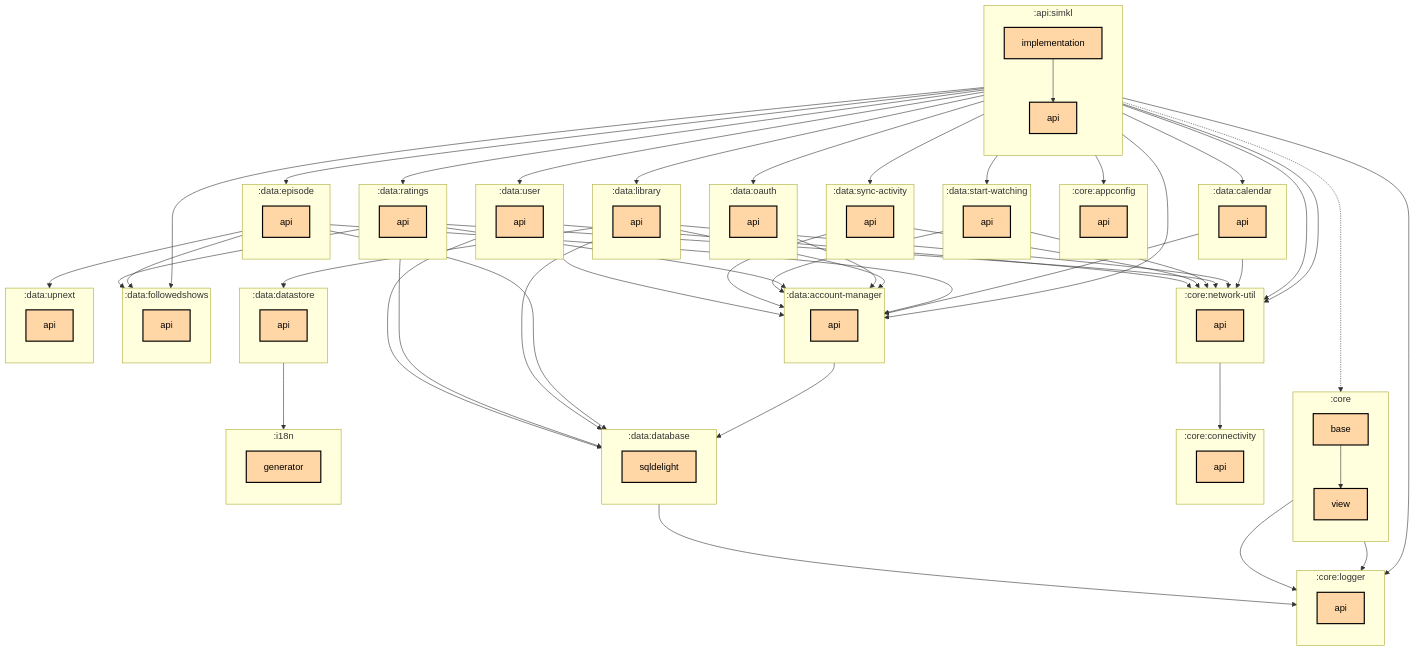
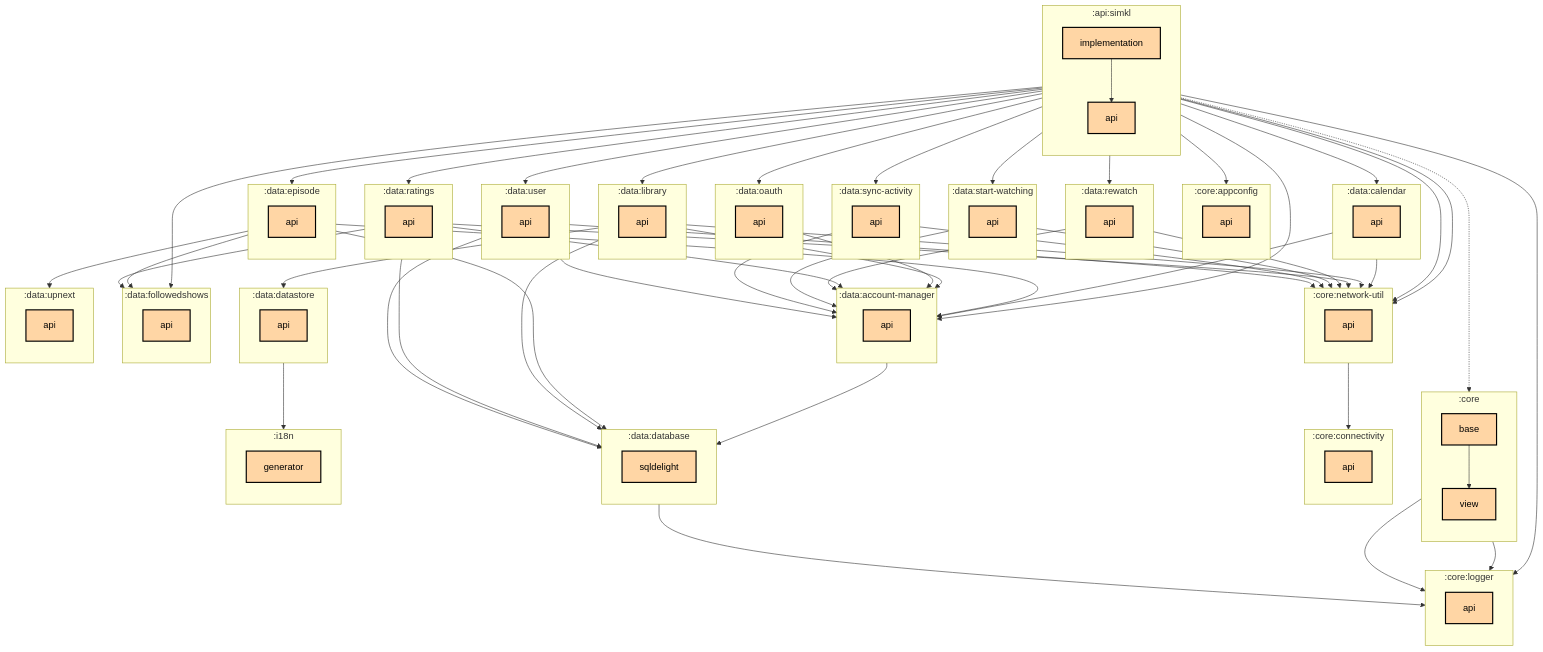
One commit to thomaskioko/tv-maniac changed the first of 2 diagrams in api/simkl/implementation/README.md. Above: the diagram before and after it, drawn with Mermaid. The commit also changed 7 other files, not shown here.

Commit message:
Update the module graphs for the rewatch modules

```diff
--- a/api/simkl/implementation/README.md
+++ b/api/simkl/implementation/README.md
@@ -67,6 +67,10 @@
     direction TB
     :data:ratings:api[api]:::multiplatform
   end
+  subgraph :data:rewatch
+    direction TB
+    :data:rewatch:api[api]:::multiplatform
+  end
   subgraph :data:start-watching
     direction TB
     :data:start-watching:api[api]:::multiplatform
@@ -101,6 +105,7 @@
   :api:simkl:implementation --> :data:library:api
   :api:simkl:implementation --> :data:oauth:api
   :api:simkl:implementation --> :data:ratings:api
+  :api:simkl:implementation --> :data:rewatch:api
   :api:simkl:implementation --> :data:start-watching:api
   :api:simkl:implementation --> :data:sync-activity:api
   :api:simkl:implementation --> :data:user:api
@@ -126,6 +131,8 @@
   :data:ratings:api --> :data:account-manager:api
   :data:ratings:api --> :data:database:sqldelight
   :data:ratings:api --> :data:followedshows:api
+  :data:rewatch:api --> :core:network-util:api
+  :data:rewatch:api --> :data:account-manager:api
   :data:start-watching:api --> :core:network-util:api
   :data:start-watching:api --> :data:account-manager:api
   :data:sync-activity:api --> :core:network-util:api
```
